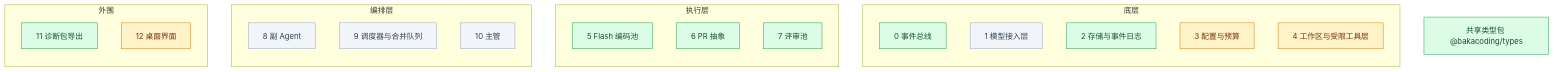
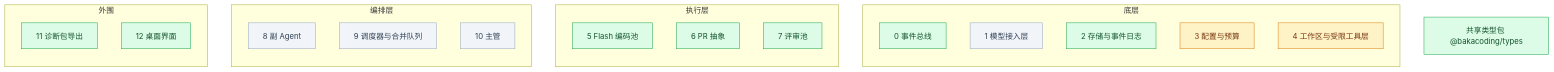
The diagram in docs/progress.md (Akarin7784/BakaCoding), drawn with Mermaid before and after one commit. The commit also changed other lines of this file, not shown here.

Commit message:
docs: progress.md 更新 #33（T-033）合入记录与 main 测试数

````diff
--- a/docs/progress.md
+++ b/docs/progress.md
@@ -11,33 +11,33 @@
 ```mermaid
 flowchart BT
   subgraph 底层
     M0[0 事件总线]
     M1[1 模型接入层]
     M2[2 存储与事件日志]
     M3[3 配置与预算]
     M4[4 工作区与受限工具层]
   end
   subgraph 执行层
     M5[5 Flash 编码池]
     M6[6 PR 抽象]
     M7[7 评审池]
   end
   subgraph 编排层
     M8[8 副 Agent]
     M9[9 调度器与合并队列]
     M10[10 主管]
   end
   subgraph 外围
     M11[11 诊断包导出]
     M12[12 桌面界面]
   end
   T[共享类型包 @bakacoding/types]
 
   classDef todo fill:#f1f5f9,stroke:#94a3b8,color:#334155
   classDef doing fill:#fef3c7,stroke:#d97706,color:#78350f
   classDef done fill:#dcfce7,stroke:#16a34a,color:#14532d
 
-  class M0,M2,M5,M6,M7,M11,T done
-  class M3,M4,M12 doing
+  class M0,M2,M5,M6,M7,M11,M12,T done
+  class M3,M4 doing
   class M1,M8,M9,M10 todo
 ```
````
